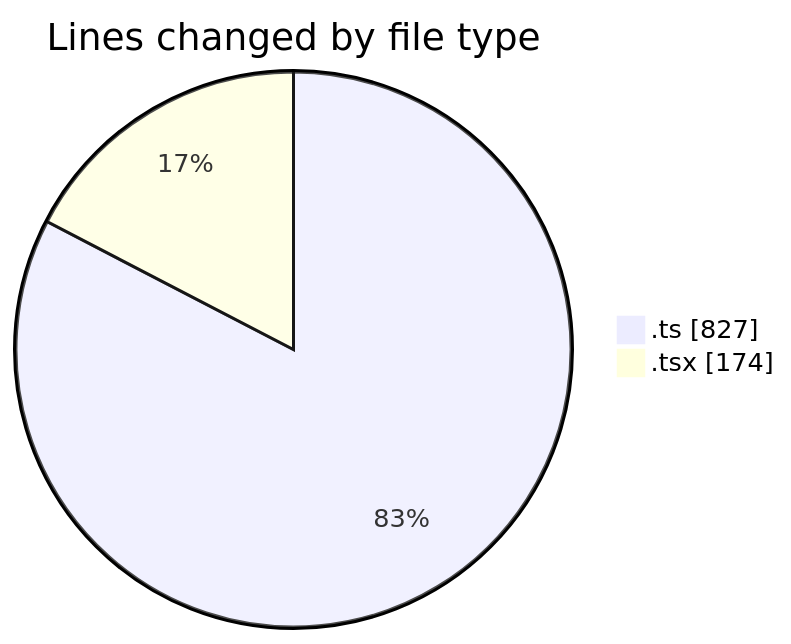
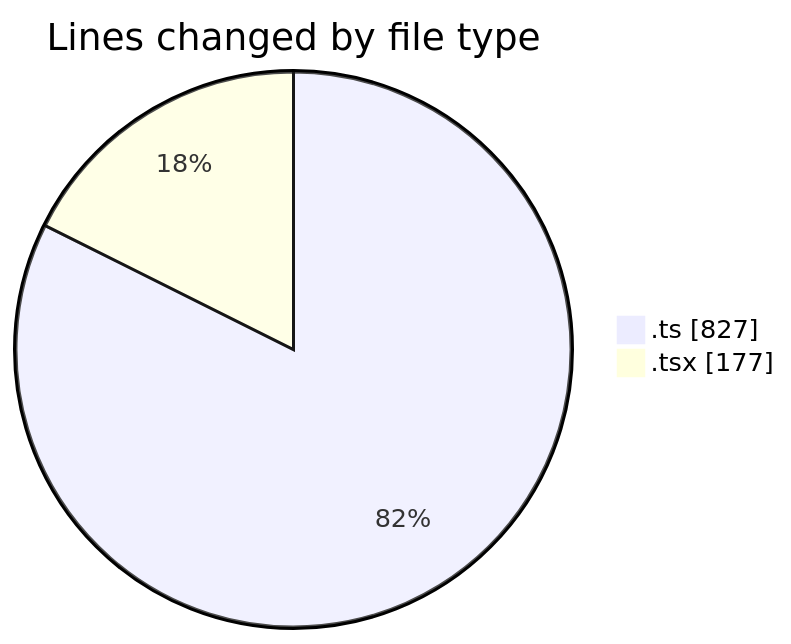
Before and after one commit to nxtqubesakshisongat/code-tracking: the first of 2 diagrams in 2026-03-04/nxtqube_webapp/README.md, drawn with Mermaid. The commit also changed other lines of this file and 1 other file, not shown here.

````diff
--- a/2026-03-04/nxtqube_webapp/README.md
+++ b/2026-03-04/nxtqube_webapp/README.md
@@ -22,6 +22,6 @@
 ```mermaid
 pie showData
 title Lines changed by file type
 ".ts" : 827
-".tsx" : 174
+".tsx" : 177
 ```
````
